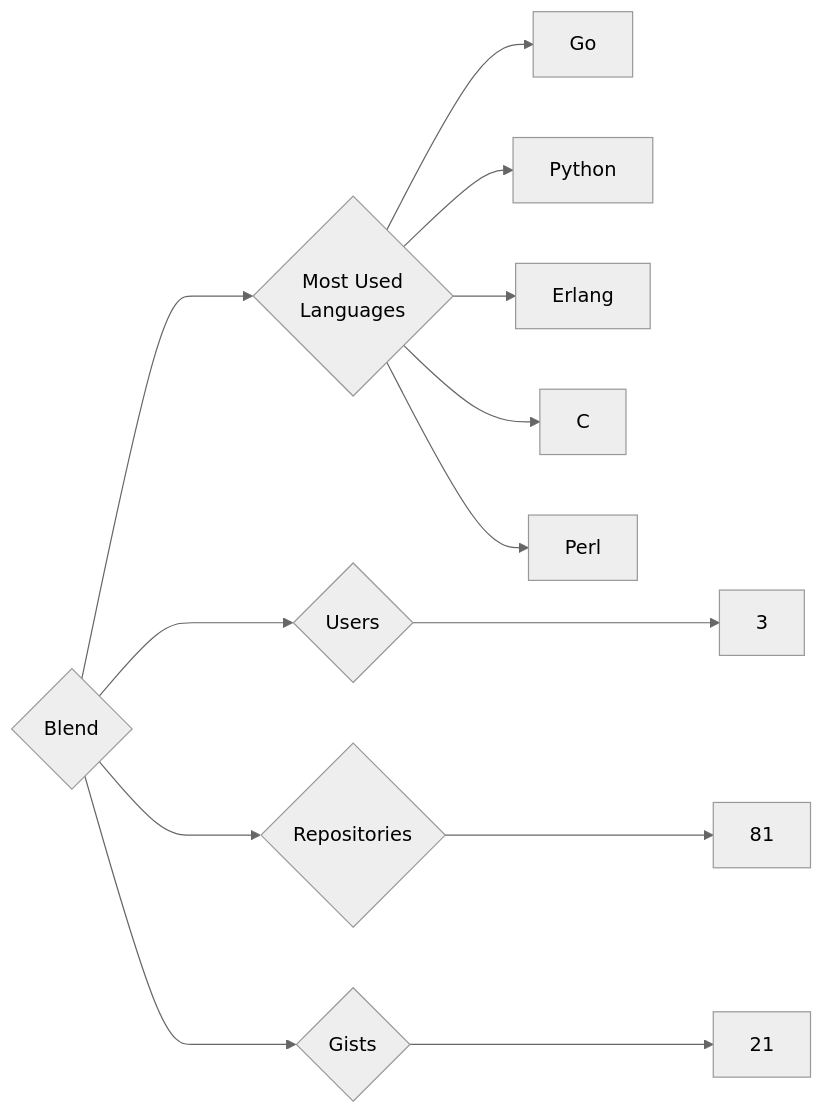
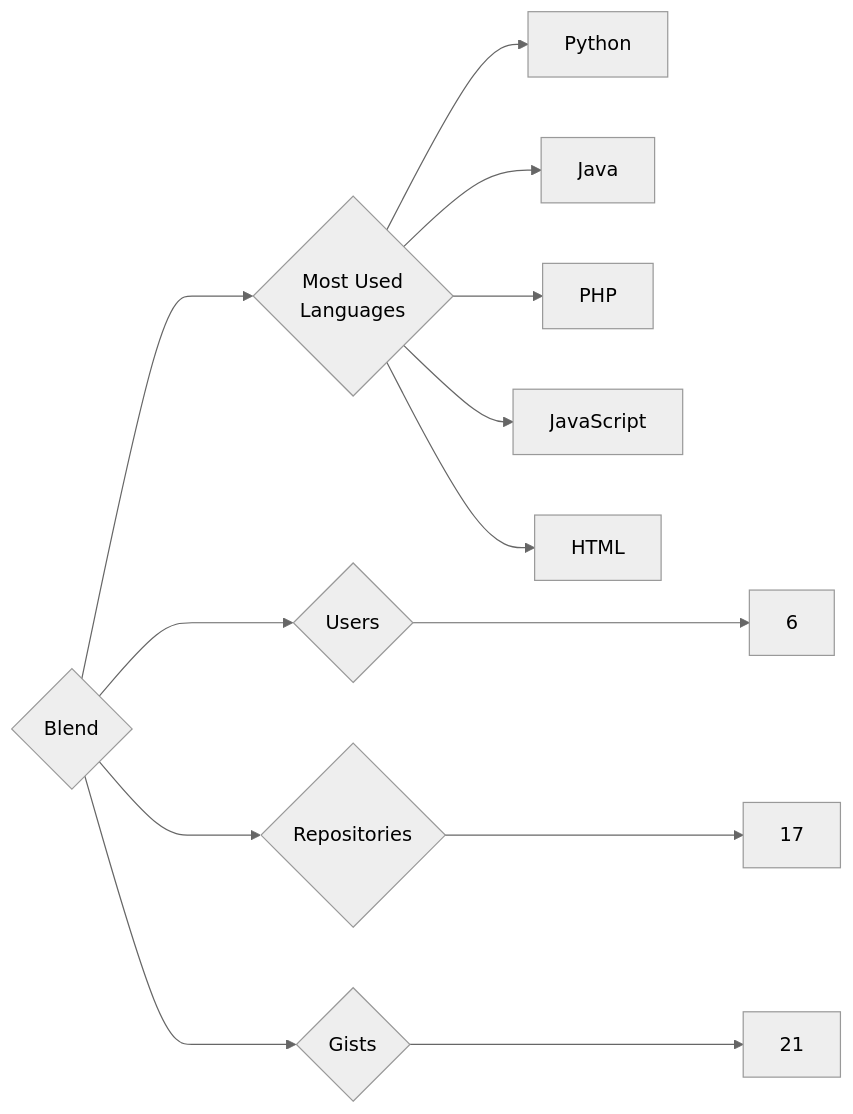
One commit to trickest/insiders changed the diagram in targets/Blend/README.md. Above: the diagram before and after it, drawn with Mermaid (neutral theme). The commit also changed 934 other files, not shown here.

````diff
--- a/targets/Blend/README.md
+++ b/targets/Blend/README.md
@@ -3,13 +3,13 @@
 ```mermaid
 graph LR
 COMPANY_NAME{Blend}
-COMPANY_NAME ---> U{Users} ---> UN[3]
-COMPANY_NAME ---> R{Repositories} ---> RN[81]
+COMPANY_NAME ---> U{Users} ---> UN[6]
+COMPANY_NAME ---> R{Repositories} ---> RN[17]
 COMPANY_NAME ---> G{Gists} ---> GN[21]
 COMPANY_NAME ---> ML{Most Used<br>Languages}
-ML --> Go[Go]
 ML --> Python[Python]
-ML --> Erlang[Erlang]
-ML --> C[C]
-ML --> Perl[Perl]
+ML --> Java[Java]
+ML --> PHP[PHP]
+ML --> JavaScript[JavaScript]
+ML --> HTML[HTML]
 ```
````
